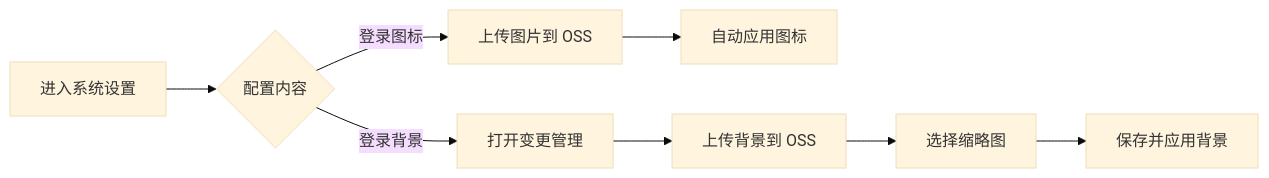
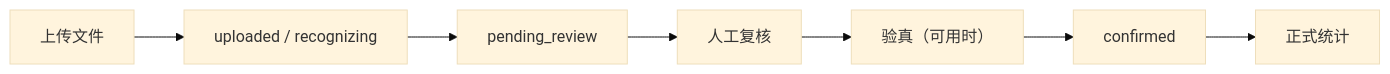
Before and after one commit to WangMi2022/YuYuan-Pass-System: the second of 2 diagrams in docs/PRODUCT-MANUAL.md, drawn with Mermaid (base theme). The commit also changed other lines of this file and 10 other files, not shown here.

````diff
--- a/docs/PRODUCT-MANUAL.md
+++ b/docs/PRODUCT-MANUAL.md
@@ -214,10 +238,9 @@
 ```mermaid
 flowchart LR
-    A[进入系统设置] --> B{配置内容}
-    B -->|登录图标| C[上传图片到 OSS]
-    C --> D[自动应用图标]
-    B -->|登录背景| E[打开变更管理]
-    E --> F[上传背景到 OSS]
-    F --> G[选择缩略图]
-    G --> H[保存并应用背景]
+    A["上传文件"] --> B["uploaded / recognizing"]
+    B --> C["pending_review"]
+    C --> D["人工复核"]
+    D --> E["验真（可用时）"]
+    E --> F["confirmed"]
+    F --> G["正式统计"]
 ```
````
